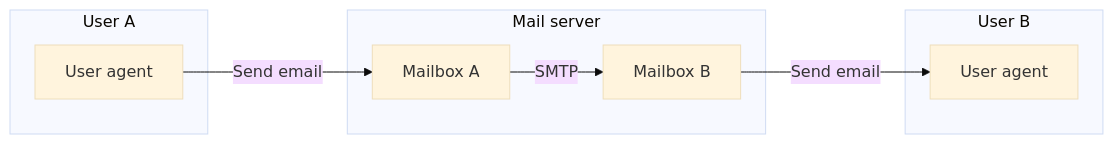
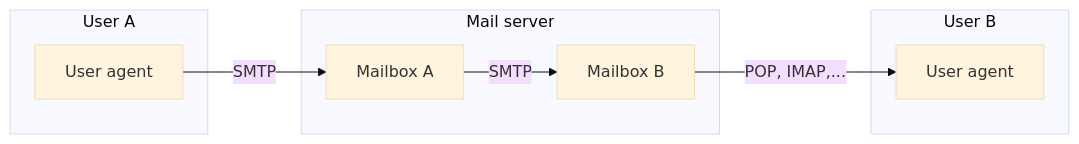
Before and after one commit to helitoo/IT-Obsidian-Notebook: the diagram in Kiến thức đại cương/Nhập môn mạng/2.2. Hệ thống email.md, drawn with Mermaid (base theme). The commit also changed 121 other files, not shown here.

````diff
--- a/Kiến thức đại cương/Nhập môn mạng/2.2. Hệ thống email.md
+++ b/Kiến thức đại cương/Nhập môn mạng/2.2. Hệ thống email.md
@@ -26,19 +26,19 @@
 ```mermaid
 graph LR
 
 subgraph userA[User A]
 	uaa[User agent]
 end
 
 subgraph server[Mail server]
 	mailboxa[Mailbox A]
 	mailboxb[Mailbox B]
 end
 
 subgraph userB[User B]
 	uab[User agent]
 end
 
-uaa -- Send email --> mailboxa -- SMTP --> mailboxb -- Send email --> uab
+uaa -- SMTP --> mailboxa -- SMTP --> mailboxb -- POP, IMAP,... --> uab
 
 ```
````
